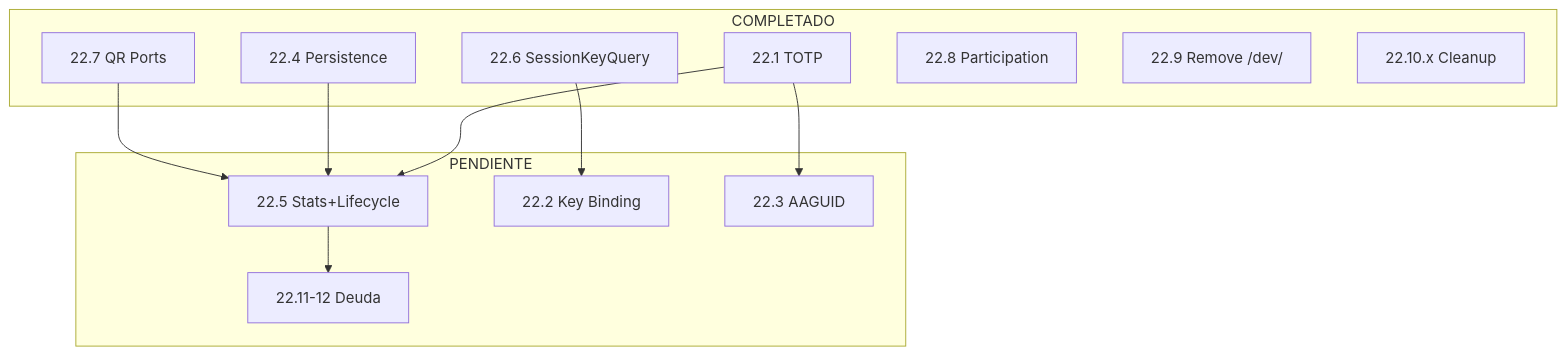
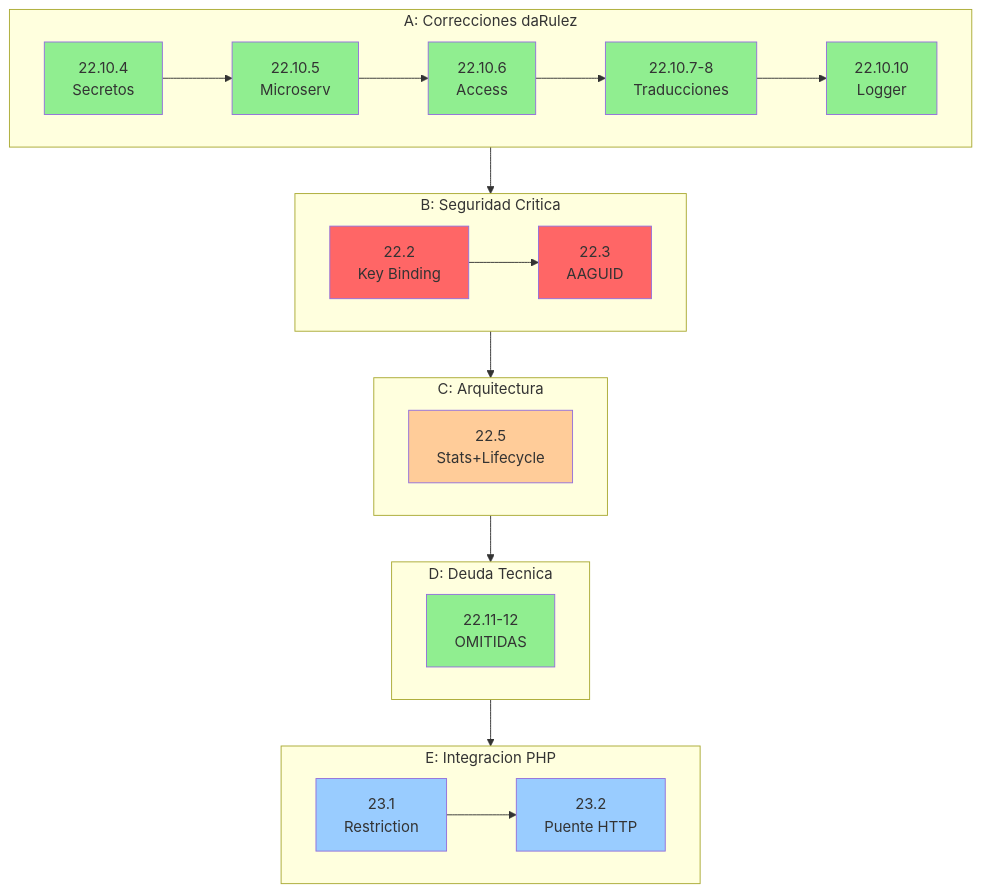
One commit to Ragnarsss/capstone-backend changed the diagram in ROADMAP.md. Above: the diagram before and after it, drawn with Mermaid. The commit also changed other lines of this file, not shown here.

Commit message:
docs(roadmap): marcar fase 22.10.10 completada - BLOQUE A finalizado

````diff
--- a/ROADMAP.md
+++ b/ROADMAP.md
@@ -121,26 +43,53 @@
 ```mermaid
-flowchart TD
-    subgraph COMPLETADO
-        A[22.1 TOTP]
-        B[22.4 Persistence]
-        C[22.6 SessionKeyQuery]
-        D[22.7 QR Ports]
-        E[22.8 Participation]
-        F[22.9 Remove /dev/]
-        G[22.10.x Cleanup]
+flowchart TB
+    subgraph BLOQUE_A[A: Correcciones daRulez]
+        direction LR
+        A1[22.10.4<br/>Secretos]
+        A2[22.10.5<br/>Microserv]
+        A3[22.10.6<br/>Access]
+        A4[22.10.7-8<br/>Traducciones]
+        A5[22.10.10<br/>Logger]
+        A1 --> A2 --> A3 --> A4 --> A5
     end
 
-    subgraph PENDIENTE
-        H[22.5 Stats+Lifecycle]
-        I[22.2 Key Binding]
-        J[22.3 AAGUID]
-        K[22.11-12 Deuda]
+    subgraph BLOQUE_B[B: Seguridad Critica]
+        direction LR
+        B1[22.2<br/>Key Binding]
+        B2[22.3<br/>AAGUID]
+        B1 --> B2
     end
 
-    A --> H
-    B --> H
-    D --> H
-    C --> I
-    A --> J
-    H --> K
+    subgraph BLOQUE_C[C: Arquitectura]
+        direction LR
+        C1[22.5<br/>Stats+Lifecycle]
+    end
+
+    subgraph BLOQUE_D[D: Deuda Tecnica]
+        direction LR
+        D1[22.11-12<br/>OMITIDAS]
+    end
+
+    subgraph BLOQUE_E[E: Integracion PHP]
+        direction LR
+        E1[23.1<br/>Restriction]
+        E2[23.2<br/>Puente HTTP]
+        E1 --> E2
+    end
+
+    BLOQUE_A --> BLOQUE_B
+    BLOQUE_B --> BLOQUE_C
+    BLOQUE_C --> BLOQUE_D
+    BLOQUE_D --> BLOQUE_E
+
+    style A1 fill:#90EE90
+    style A2 fill:#90EE90
+    style A3 fill:#90EE90
+    style A4 fill:#90EE90
+    style A5 fill:#90EE90
+    style B1 fill:#ff6666
+    style B2 fill:#ff6666
+    style C1 fill:#ffcc99
+    style D1 fill:#90EE90
+    style E1 fill:#99ccff
+    style E2 fill:#99ccff
 ```
````
